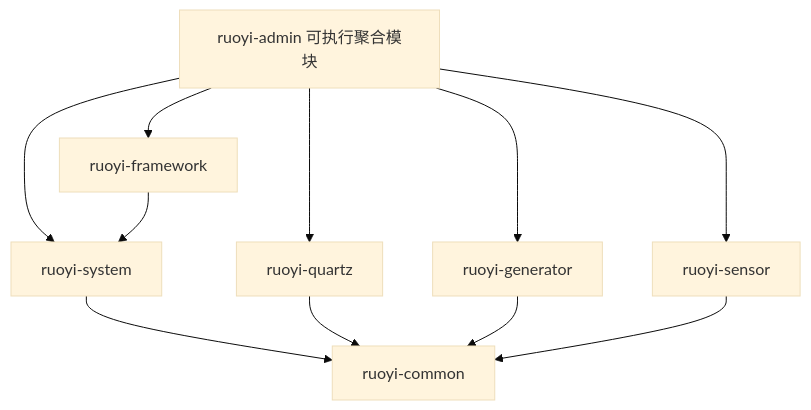
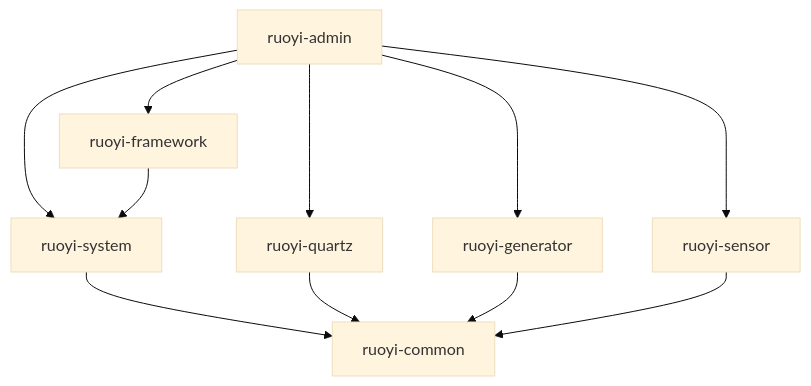
The third of 3 diagrams in AI_PROJECT_OVERVIEW.md (wangjiarui777/C-power_sheararm_platform), drawn with Mermaid (base theme) before and after one commit. The commit also changed other lines of this file and 128 other files, not shown here.

````diff
--- a/AI_PROJECT_OVERVIEW.md
+++ b/AI_PROJECT_OVERVIEW.md
@@ -314,13 +332,13 @@
 ```mermaid
 graph TD
-    A["ruoyi-admin 可执行聚合模块"] --> F["ruoyi-framework"]
+    A["ruoyi-admin"] --> F["ruoyi-framework"]
     A --> S["ruoyi-system"]
     A --> Q["ruoyi-quartz"]
     A --> G["ruoyi-generator"]
     A --> X["ruoyi-sensor"]
     F --> S
     S --> C["ruoyi-common"]
     Q --> C
     G --> C
     X --> C
 ```
````
